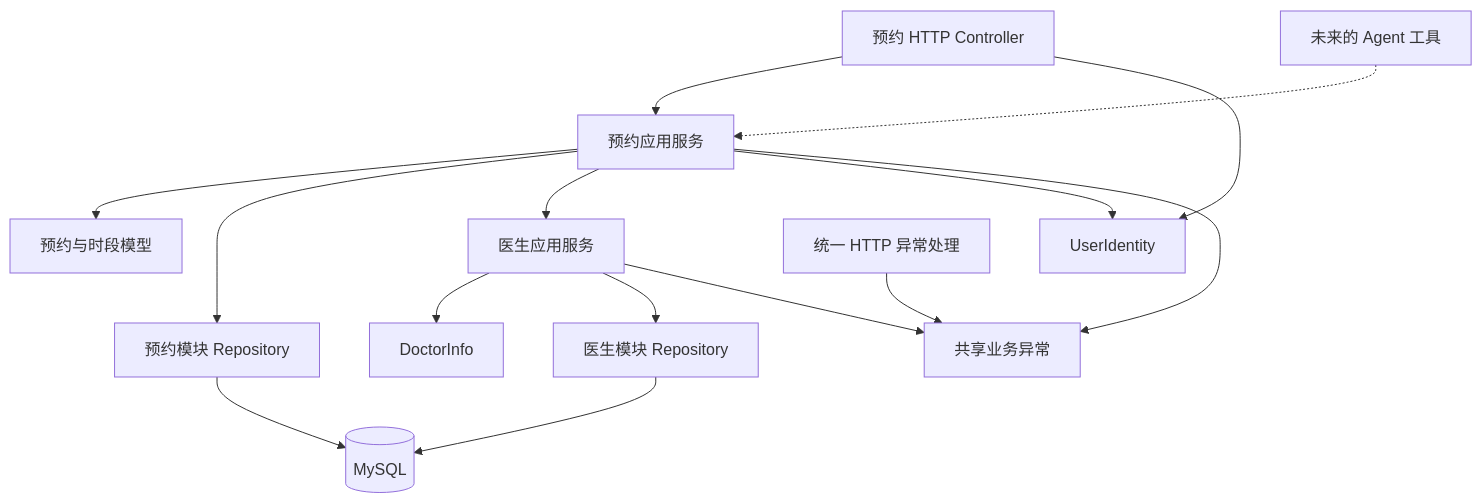
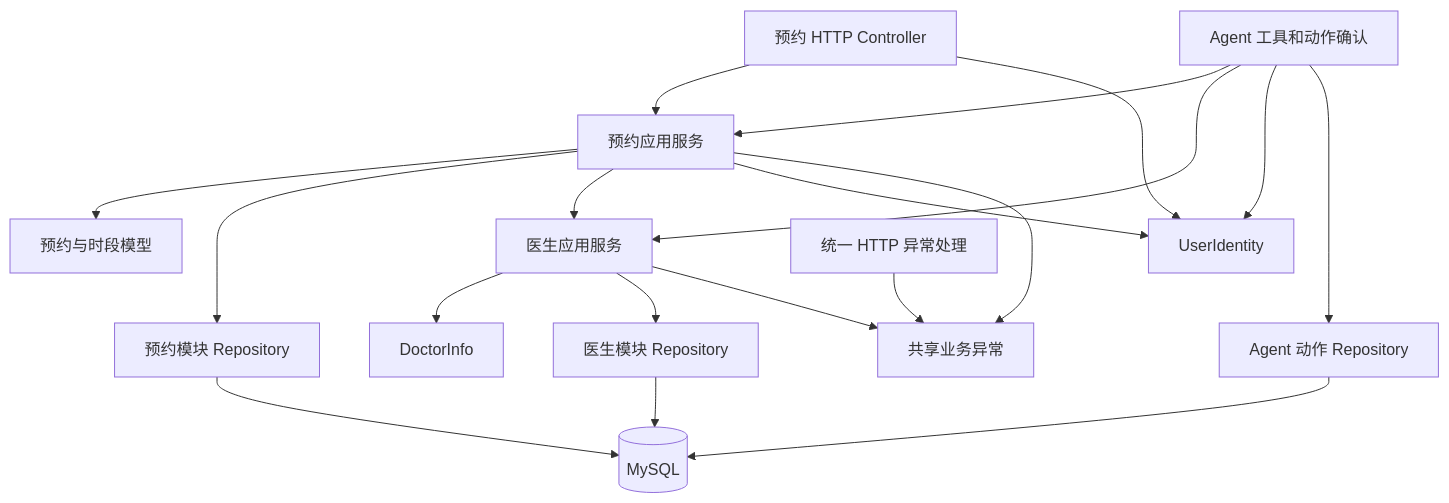
The diagram in docs/architecture.md (op1ed/appointment-manager), drawn with Mermaid before and after one commit. The commit also changed other lines of this file and 37 other files, not shown here.

Commit message:
Add agent tools and confirmed appointment actions

````diff
--- a/docs/architecture.md
+++ b/docs/architecture.md
@@ -82,17 +89,21 @@
 ```mermaid
 flowchart TD
     HTTP[预约 HTTP Controller] --> APP[预约应用服务]
-    FUTURE[未来的 Agent 工具] -.-> APP
+    TOOLS[Agent 工具和动作确认] --> APP
+    TOOLS --> DOCTOR
+    TOOLS --> IDENTITY
+    TOOLS --> ACTIONS[Agent 动作 Repository]
+    ACTIONS --> MYSQL
     APP --> DOMAIN[预约与时段模型]
     APP --> REPO[预约模块 Repository]
     APP --> DOCTOR[医生应用服务]
     HTTP --> IDENTITY[UserIdentity]
     APP --> IDENTITY
     DOCTOR --> INFO[DoctorInfo]
     DOCTOR --> DREPO[医生模块 Repository]
     REPO --> MYSQL[(MySQL)]
     DREPO --> MYSQL
     WEBERROR[统一 HTTP 异常处理] --> ERROR[共享业务异常]
     APP --> ERROR
     DOCTOR --> ERROR
 ```
````
